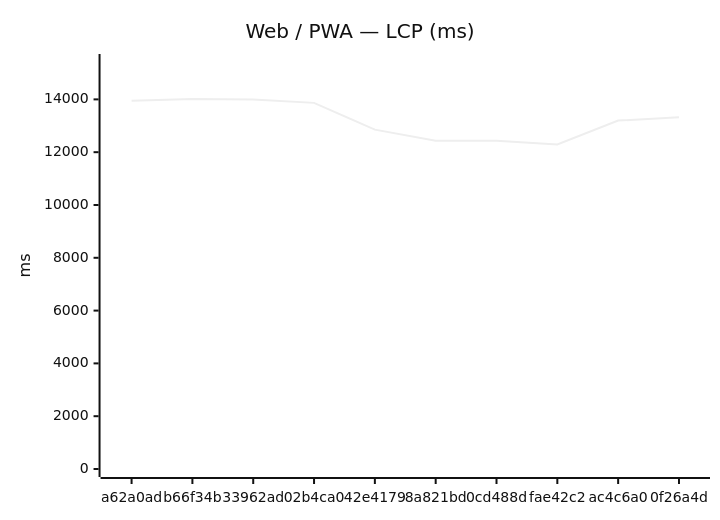
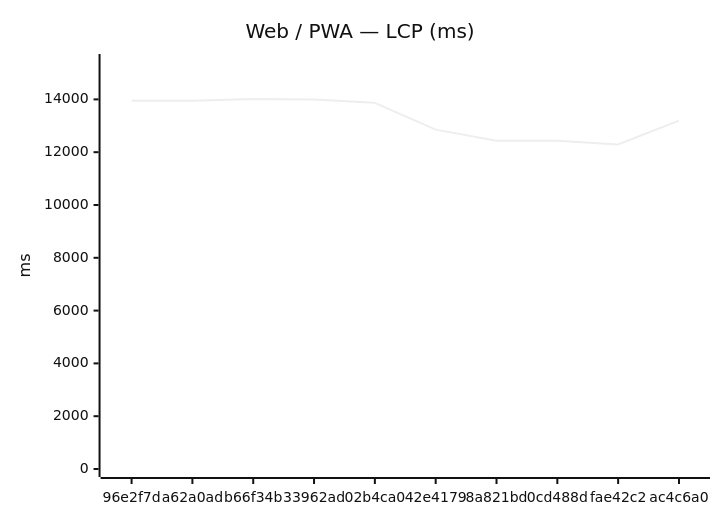
Before and after one commit to Metaheurist/Rianell: the first of 18 diagrams in benchmarks/compare.md, drawn with Mermaid (neutral theme). The commit also changed other lines of this file and 11 other files, not shown here.

````diff
--- a/benchmarks/compare.md
+++ b/benchmarks/compare.md
@@ -24,7 +24,7 @@
 ```mermaid
 xychart-beta
     title "Web / PWA — LCP (ms)"
-    x-axis ["a62a0ad", "b66f34b", "33962ad", "02b4ca0", "42e4179", "8a821bd", "0cd488d", "fae42c2", "ac4c6a0", "0f26a4d"]
+    x-axis ["96e2f7d", "a62a0ad", "b66f34b", "33962ad", "02b4ca0", "42e4179", "8a821bd", "0cd488d", "fae42c2", "ac4c6a0"]
     y-axis "ms" 0 --> 15416
-    line [13945, 14014, 13997, 13868, 12854, 12437, 12430, 12295, 13197, 13323]
+    line [13945, 13945, 14014, 13997, 13868, 12854, 12437, 12430, 12295, 13197]
 ```
````
